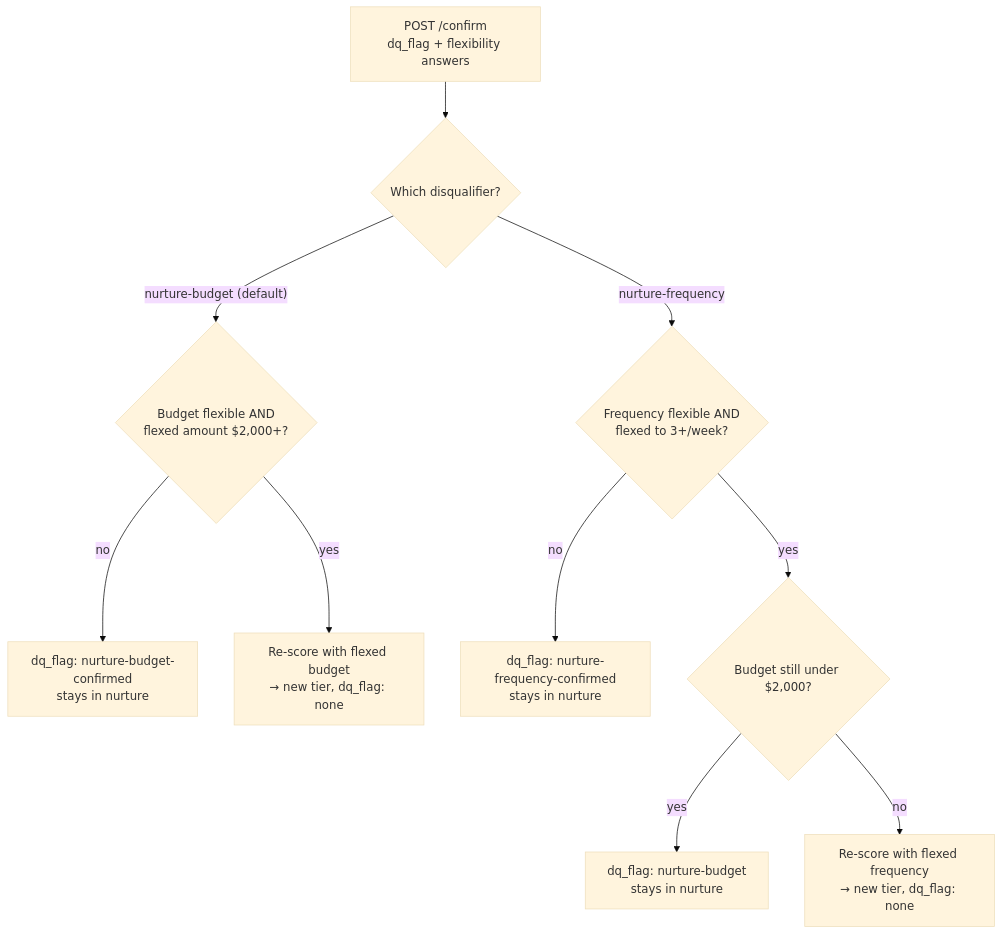
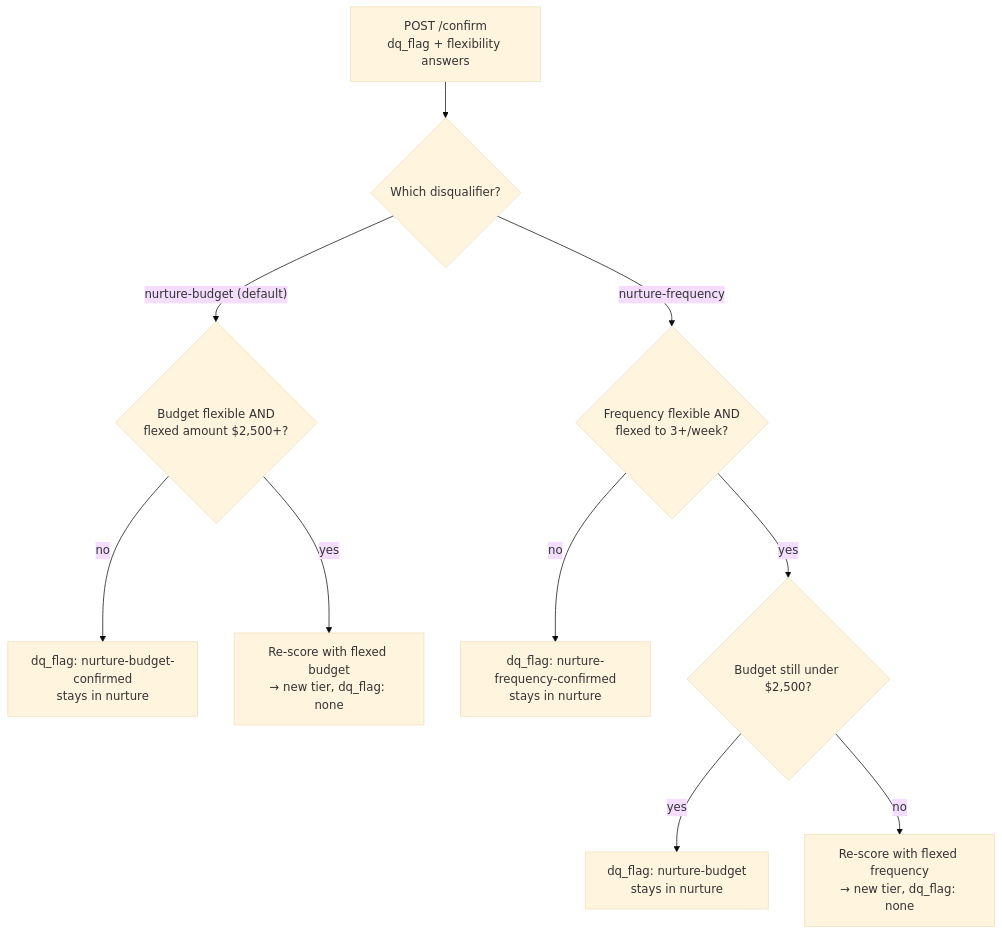
One commit to VantagePointFacilityServices/vpfs-website changed the seventh of 11 diagrams in docs/WORKER.md. Above: the diagram before and after it, drawn with Mermaid (base theme). The commit also changed other lines of this file and 4 other files, not shown here.

````diff
--- a/docs/WORKER.md
+++ b/docs/WORKER.md
@@ -411,14 +411,14 @@
 ```mermaid
 flowchart TD
     IN["POST /confirm<br/>dq_flag + flexibility answers"] --> WHICH{"Which disqualifier?"}
 
-    WHICH -- "nurture-budget (default)" --> B1{"Budget flexible AND<br/>flexed amount $2,000+?"}
+    WHICH -- "nurture-budget (default)" --> B1{"Budget flexible AND<br/>flexed amount $2,500+?"}
     B1 -- no --> BN["dq_flag: nurture-budget-confirmed<br/>stays in nurture"]
     B1 -- yes --> BR["Re-score with flexed budget<br/>→ new tier, dq_flag: none"]
 
     WHICH -- nurture-frequency --> F1{"Frequency flexible AND<br/>flexed to 3+/week?"}
     F1 -- no --> FN["dq_flag: nurture-frequency-confirmed<br/>stays in nurture"]
-    F1 -- yes --> F2{"Budget still under $2,000?"}
+    F1 -- yes --> F2{"Budget still under $2,500?"}
     F2 -- yes --> FB["dq_flag: nurture-budget<br/>stays in nurture"]
     F2 -- no --> FR["Re-score with flexed frequency<br/>→ new tier, dq_flag: none"]
 ```
````
